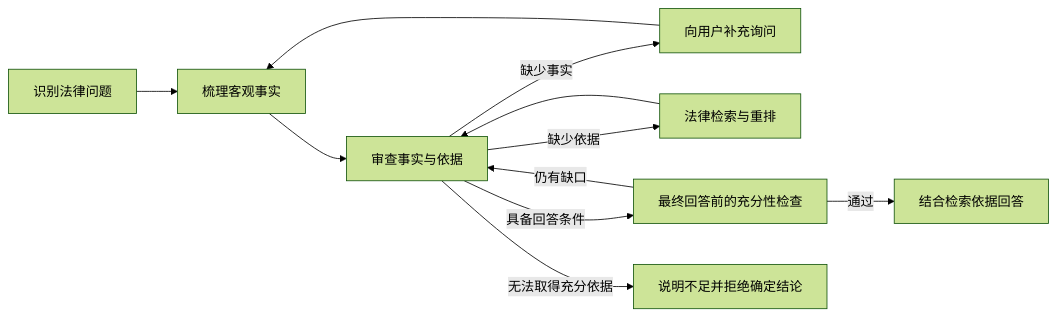
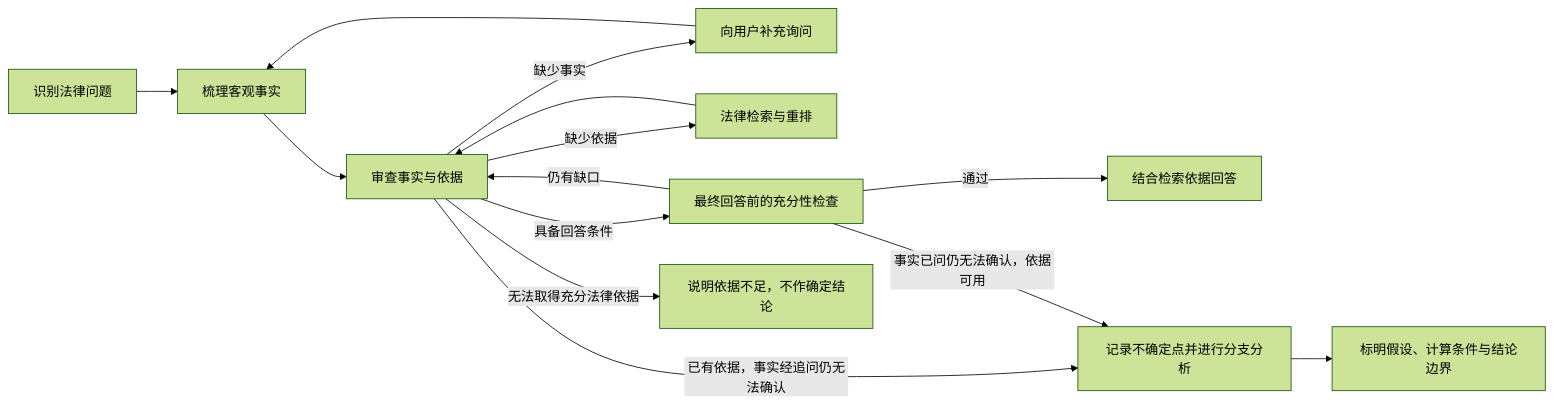
Before and after one commit to sysoebuilder/chinese-legal-agent: the diagram in README.md, drawn with Mermaid (forest theme). The commit also changed other lines of this file and 1 other file, not shown here.

````diff
--- a/README.md
+++ b/README.md
@@ -93,13 +128,16 @@
 ```mermaid
 flowchart LR
     A[识别法律问题] --> B[梳理客观事实]
     B --> C[审查事实与依据]
     C -->|缺少事实| D[向用户补充询问]
     D --> B
     C -->|缺少依据| E[法律检索与重排]
     E --> C
     C -->|具备回答条件| F[最终回答前的充分性检查]
     F -->|仍有缺口| C
     F -->|通过| G[结合检索依据回答]
-    C -->|无法取得充分依据| H[说明不足并拒绝确定结论]
+    C -->|已有依据，事实经追问仍无法确认| I[记录不确定点并进行分支分析]
+    F -->|事实已问仍无法确认，依据可用| I
+    I --> J[标明假设、计算条件与结论边界]
+    C -->|无法取得充分法律依据| H[说明依据不足，不作确定结论]
 ```
````
